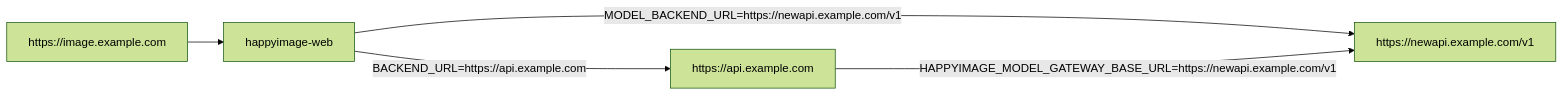
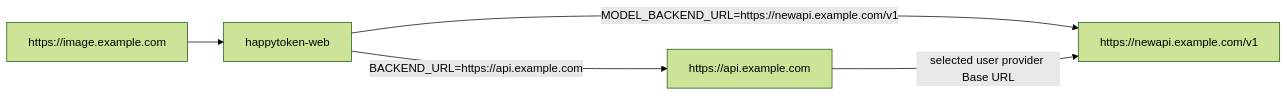
Before and after one commit to happy-token/HappyImage: the seventh of 7 diagrams in docs/architecture.md, drawn with Mermaid (forest theme). The commit also changed other lines of this file and 109 other files, not shown here.

````diff
--- a/docs/architecture.md
+++ b/docs/architecture.md
@@ -185,12 +185,12 @@
 ```mermaid
 flowchart LR
   Browser["https://image.example.com"]
-  Web["happyimage-web"]
+  Web["happytoken-web"]
   API["https://api.example.com"]
   NewAPI["https://newapi.example.com/v1"]
 
   Browser --> Web
   Web -->|"BACKEND_URL=https://api.example.com"| API
   Web -->|"MODEL_BACKEND_URL=https://newapi.example.com/v1"| NewAPI
-  API -->|"HAPPYIMAGE_MODEL_GATEWAY_BASE_URL=https://newapi.example.com/v1"| NewAPI
+  API -->|"selected user provider Base URL"| NewAPI
 ```
````
